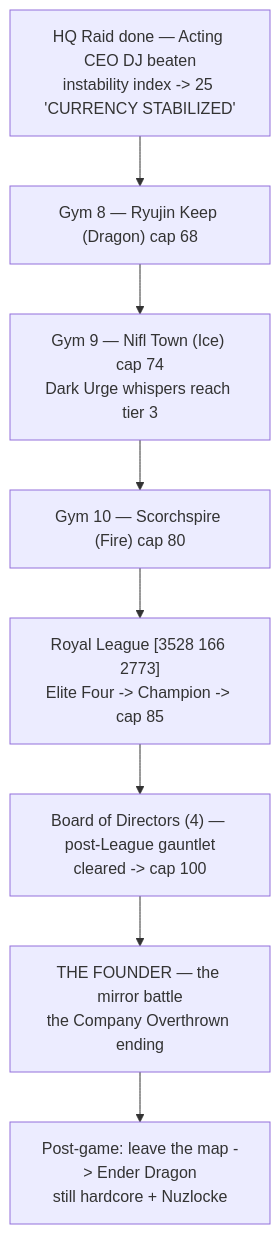
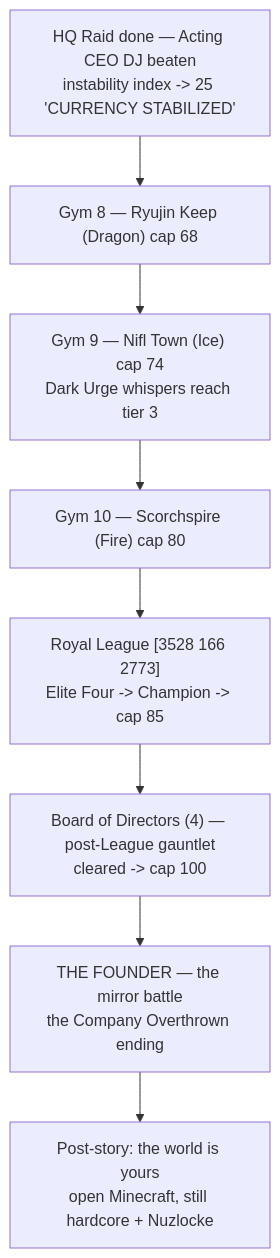
Before and after one commit to The-Company-Inc-Nerds/the-cobblemon-initiative: the first of 3 diagrams in wiki/Guidebook-Act-III.md, drawn with Mermaid. The commit also changed other lines of this file and 414 other files, not shown here.

````diff
--- a/wiki/Guidebook-Act-III.md
+++ b/wiki/Guidebook-Act-III.md
@@ -13,10 +13,10 @@
 ```mermaid
 flowchart TD
   A["HQ Raid done — Acting CEO DJ beaten<br/>instability index -> 25 'CURRENCY STABILIZED'"] --> B["Gym 8 — Ryujin Keep (Dragon) cap 68"]
   B --> C["Gym 9 — Nifl Town (Ice) cap 74<br/>Dark Urge whispers reach tier 3"]
   C --> D["Gym 10 — Scorchspire (Fire) cap 80"]
   D --> E["Royal League [3528 166 2773]<br/>Elite Four -> Champion -> cap 85"]
   E --> F["Board of Directors (4) — post-League gauntlet<br/>cleared -> cap 100"]
   F --> G["THE FOUNDER — the mirror battle<br/>the Company Overthrown ending"]
-  G --> H["Post-game: leave the map -> Ender Dragon<br/>still hardcore + Nuzlocke"]
+  G --> H["Post-story: the world is yours<br/>open Minecraft, still hardcore + Nuzlocke"]
 ```
````
